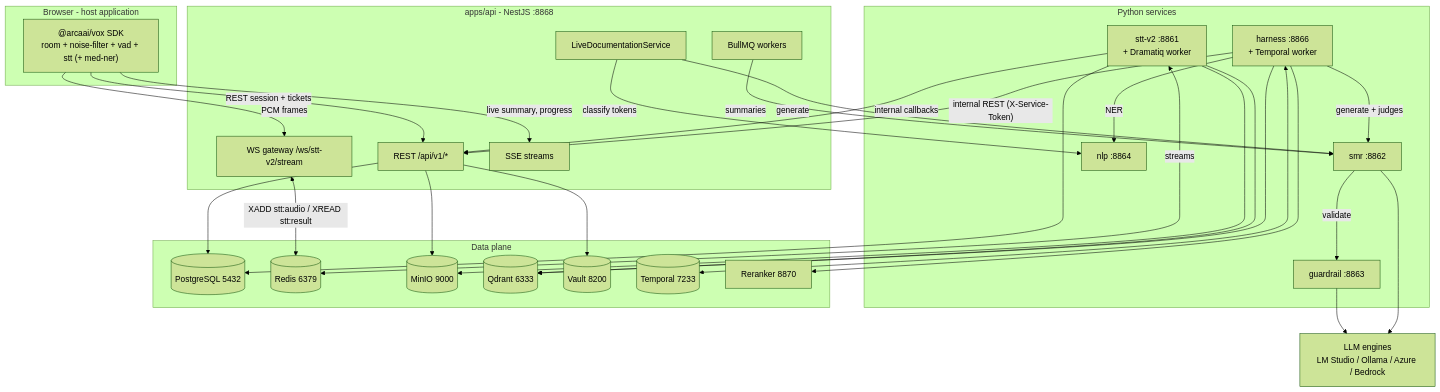
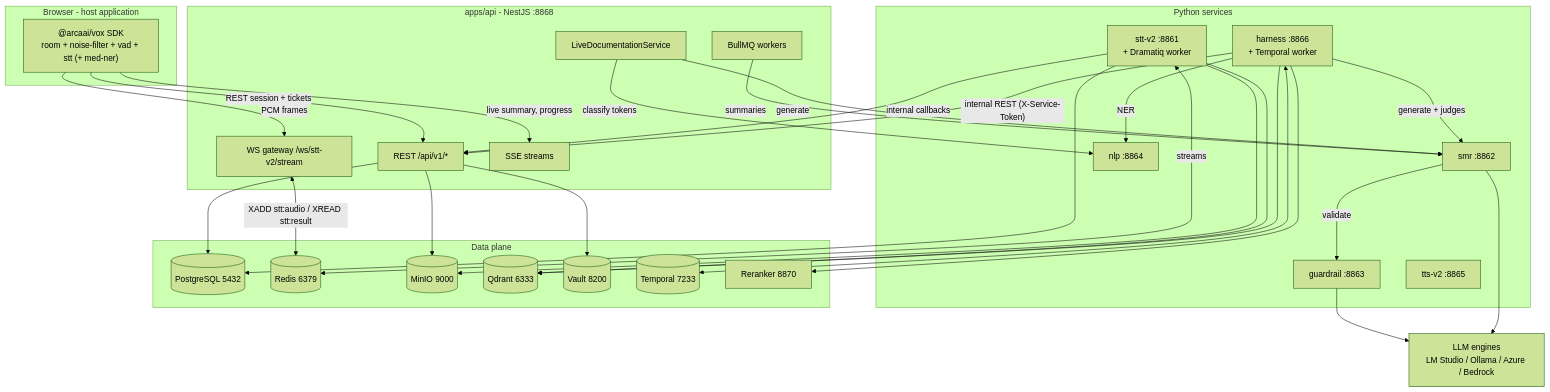
One commit to ArcaAI/vox-platform-study changed the second of 4 diagrams in docs/architecture/overview.md. Above: the diagram before and after it, drawn with Mermaid (forest theme). The commit also changed other lines of this file and 72 other files, not shown here.

````diff
--- a/docs/architecture/overview.md
+++ b/docs/architecture/overview.md
@@ -113,60 +114,61 @@
 ```mermaid
 graph TB
     subgraph browser[Browser - host application]
         SDK["@arcaai/vox SDK<br/>room + noise-filter + vad + stt (+ med-ner)"]
     end
 
     subgraph gateway[apps/api - NestJS :8868]
         REST["REST /api/v1/*"]
         WS["WS gateway /ws/stt-v2/stream"]
         SSE[SSE streams]
         BULL[BullMQ workers]
         LIVEDOC[LiveDocumentationService]
     end
 
     subgraph pysvc[Python services]
         STT["stt-v2 :8861<br/>+ Dramatiq worker"]
         SMR["smr :8862"]
         GUARD["guardrail :8863"]
         NLP["nlp :8864"]
         HARN["harness :8866<br/>+ Temporal worker"]
+        TTS["tts-v2 :8865"]
     end
 
     subgraph stores[Data plane]
         PG[("PostgreSQL 5432")]
         RD[("Redis 6379")]
         MINIO[("MinIO 9000")]
         QD[("Qdrant 6333")]
         VAULT[("Vault 8200")]
         TMPRL[("Temporal 7233")]
         RERANK["Reranker 8870"]
     end
 
     LLME["LLM engines<br/>LM Studio / Ollama / Azure / Bedrock"]
 
     SDK -->|REST session + tickets| REST
     SDK -->|PCM frames| WS
     SDK -->|live summary, progress| SSE
 
     WS <-->|"XADD stt:audio / XREAD stt:result"| RD
     STT <-->|streams| RD
     LIVEDOC -->|generate| SMR
     LIVEDOC -->|classify tokens| NLP
     BULL -->|summaries| SMR
     SMR -->|validate| GUARD
     HARN -->|NER| NLP
     HARN -->|generate + judges| SMR
     HARN -->|"internal REST (X-Service-Token)"| REST
     HARN <--> TMPRL
     HARN --> QD
     HARN --> RERANK
     STT -->|internal callbacks| REST
     REST --> PG
     REST --> MINIO
     REST --> VAULT
     STT --> PG
     STT --> MINIO
     STT --> QD
     SMR --> LLME
     GUARD --> LLME
 ```
````
